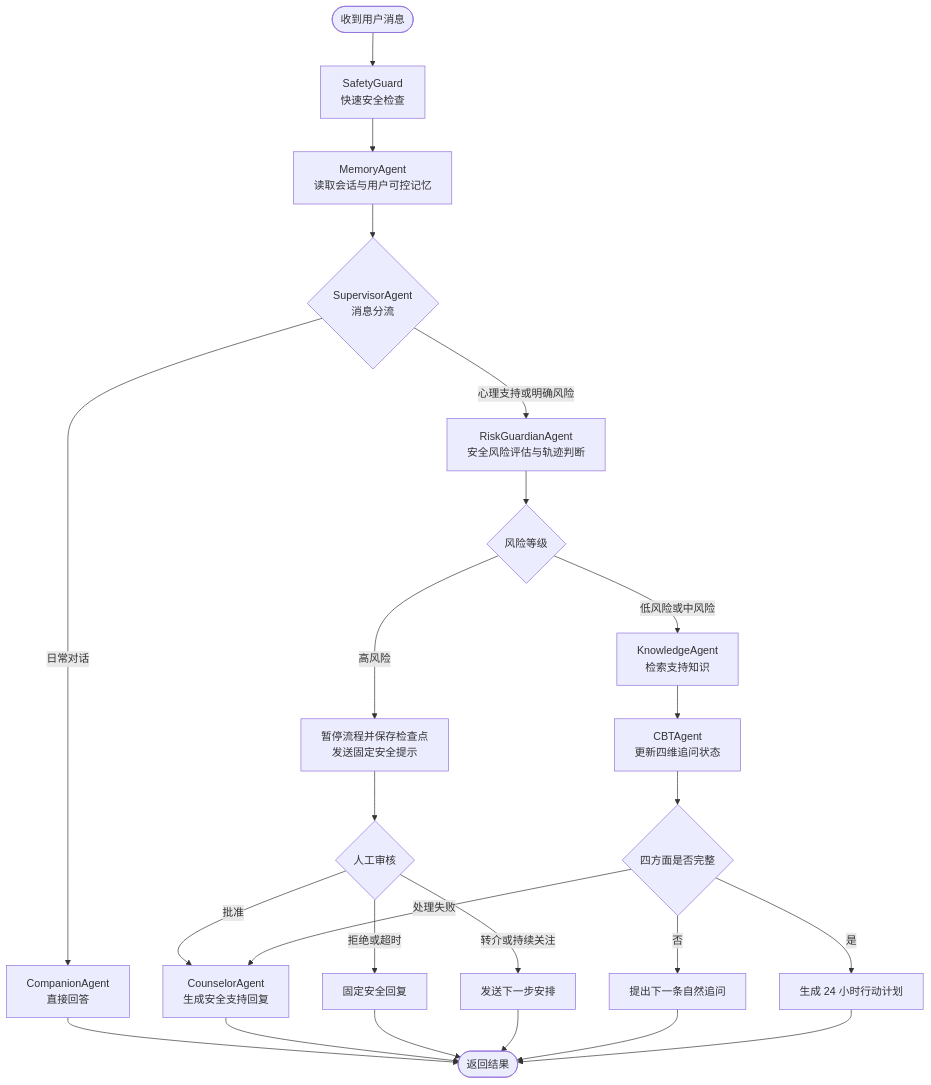
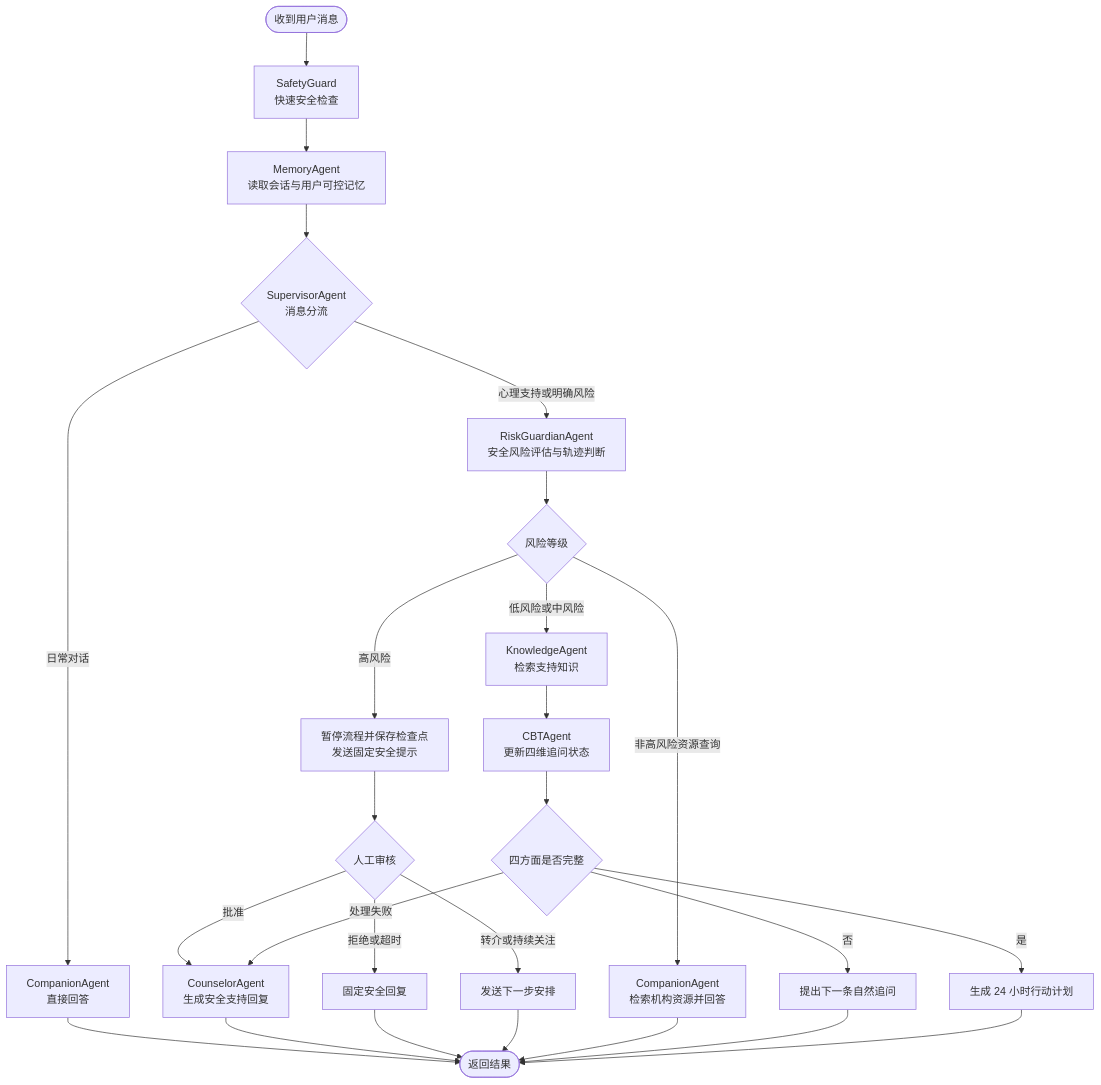
One commit to assle/XLing-agent changed the second of 2 diagrams in README.md. Above: the diagram before and after it, drawn with Mermaid. The commit also changed other lines of this file and 115 other files, not shown here.

````diff
--- a/README.md
+++ b/README.md
@@ -69,30 +69,32 @@
 ```mermaid
 flowchart TD
     Start([收到用户消息]) --> Safety[SafetyGuard<br/>快速安全检查]
     Safety --> Memory[MemoryAgent<br/>读取会话与用户可控记忆]
     Memory --> Supervisor{SupervisorAgent<br/>消息分流}
 
     Supervisor -- 日常对话 --> Companion[CompanionAgent<br/>直接回答]
     Companion --> End([返回结果])
 
     Supervisor -- 心理支持或明确风险 --> Guardian[RiskGuardianAgent<br/>安全风险评估与轨迹判断]
     Guardian --> Gate{风险等级}
 
     Gate -- 高风险 --> Pause[暂停流程并保存检查点<br/>发送固定安全提示]
     Pause --> Human{人工审核}
     Human -- 批准 --> Counselor[CounselorAgent<br/>生成安全支持回复]
     Human -- 拒绝或超时 --> Fallback[固定安全回复]
     Human -- 转介或持续关注 --> FollowUp[发送下一步安排]
     Counselor --> End
     Fallback --> End
     FollowUp --> End
 
     Gate -- 低风险或中风险 --> Knowledge[KnowledgeAgent<br/>检索支持知识]
+    Gate -- 非高风险资源查询 --> Resource[CompanionAgent<br/>检索机构资源并回答]
+    Resource --> End
     Knowledge --> CBT[CBTAgent<br/>更新四维追问状态]
     CBT --> Complete{四方面是否完整}
     Complete -- 否 --> Question[提出下一条自然追问]
     Complete -- 是 --> Plan[生成 24 小时行动计划]
     Complete -- 处理失败 --> Counselor
     Question --> End
     Plan --> End
 ```
````
